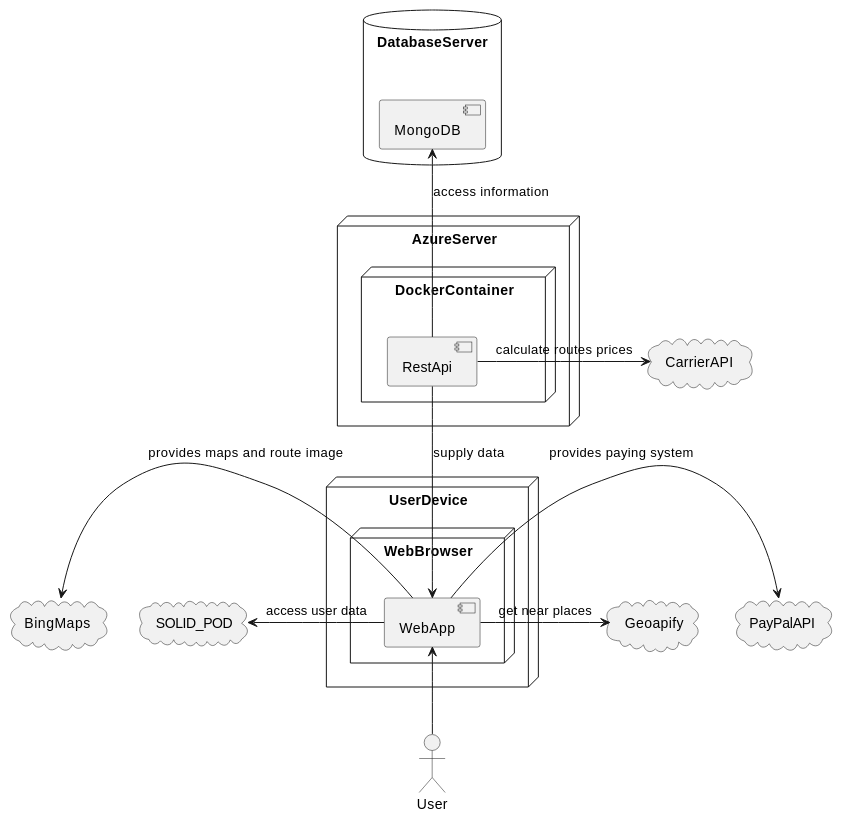
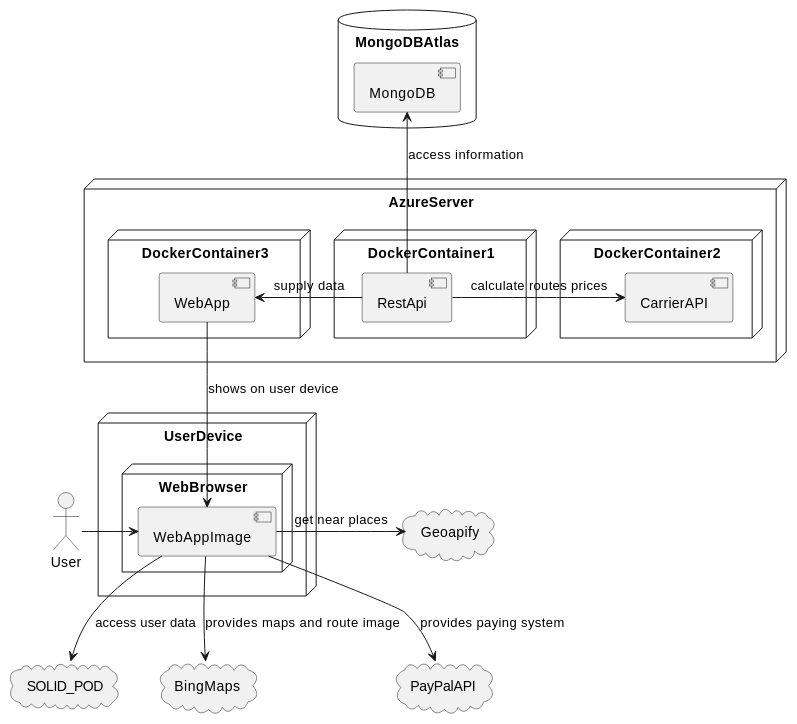
One commit to Arquisoft/dede_en2a changed the diagram in docs/07_deployment_view.adoc. Above: the diagram before and after it, drawn with PlantUML.

Commit message:
Update section 7

```diff
--- a/docs/07_deployment_view.adoc
+++ b/docs/07_deployment_view.adoc
@@ -39,35 +39,43 @@
 [plantuml, "07_DeploymentView", png]
 ----
 node AzureServer{
-    node DockerContainer {
+    node DockerContainer2 {
+        component CarrierAPI
+    }
+    node DockerContainer1 {
         component RestApi
     }
+    node DockerContainer3 {
+        component WebApp
+    }
+    
 }
 
 node UserDevice {
     node WebBrowser {
-        component WebApp
+        component WebAppImage
     }
 }
 
-database DatabaseServer {
+database MongoDBAtlas {
     component MongoDB
 }
 
 Actor User
 
 cloud SOLID_POD
-cloud CarrierAPI
 cloud BingMaps
 cloud Geoapify
 cloud PayPalAPI
 
+
+User -r-> WebAppImage
 RestApi -u-> MongoDB : "access information"
-WebApp -l-> SOLID_POD : "access user data"
-WebApp -l-> BingMaps : "provides maps and route image"
-WebApp -r-> Geoapify : "get near places"
-WebApp -r-> PayPalAPI : "provides paying system"
-RestApi -d-> WebApp : "supply data"
-RestApi -r-> CarrierAPI : "calculate routes prices"
-WebApp <-d- User
+WebAppImage -d-> SOLID_POD : "access user data"
+WebAppImage -d-> BingMaps : "provides maps and route image"
+WebAppImage -r-> Geoapify : "get near places"
+WebAppImage -d-> PayPalAPI : "provides paying system"
+RestApi -r-> WebApp : "supply data"
+WebApp -d-> WebAppImage : "shows on user device"
+RestApi -l-> CarrierAPI : "calculate routes prices"
 ----
```
